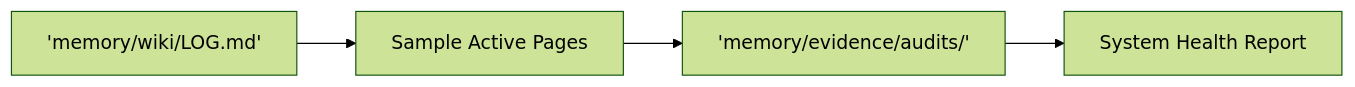
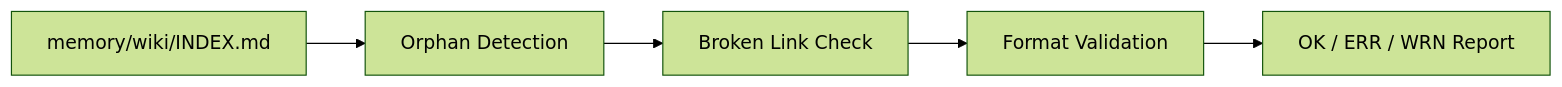
The fourth of 4 diagrams in README.md (latentarts/memoid), drawn with Mermaid (forest theme) before and after one commit. The commit also changed other lines of this file and 17 other files, not shown here.

````diff
--- a/README.md
+++ b/README.md
@@ -291,6 +256,7 @@
 ```mermaid
 graph LR
-    A['memory/wiki/LOG.md'] --> B[Sample Active Pages]
-    B --> C['memory/evidence/audits/']
-    C --> D[System Health Report]
+    A[memory/wiki/INDEX.md] --> B[Orphan Detection]
+    B --> C[Broken Link Check]
+    C --> D[Format Validation]
+    D --> E[OK / ERR / WRN Report]
 ```
````
